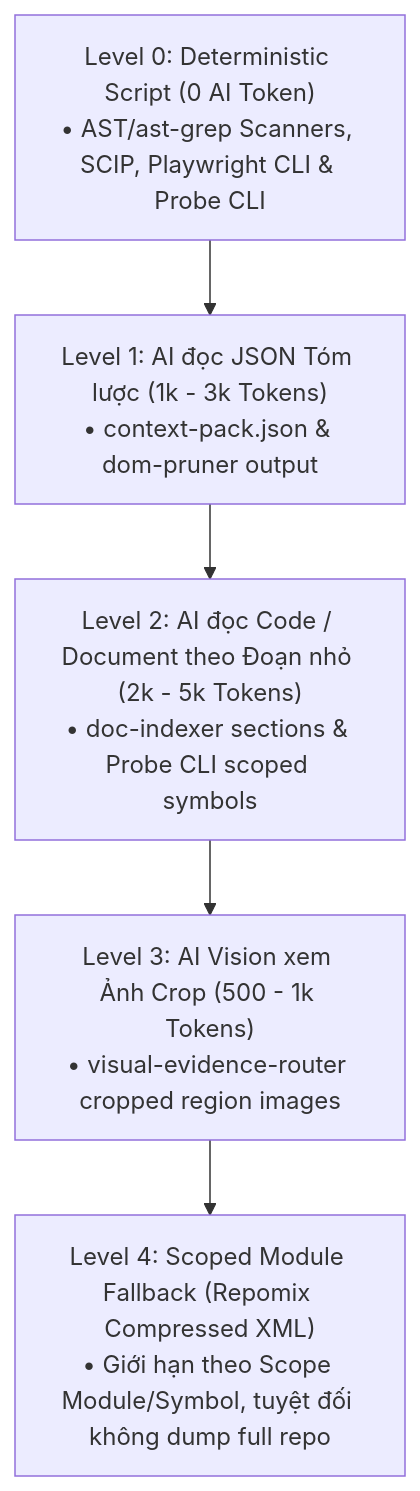
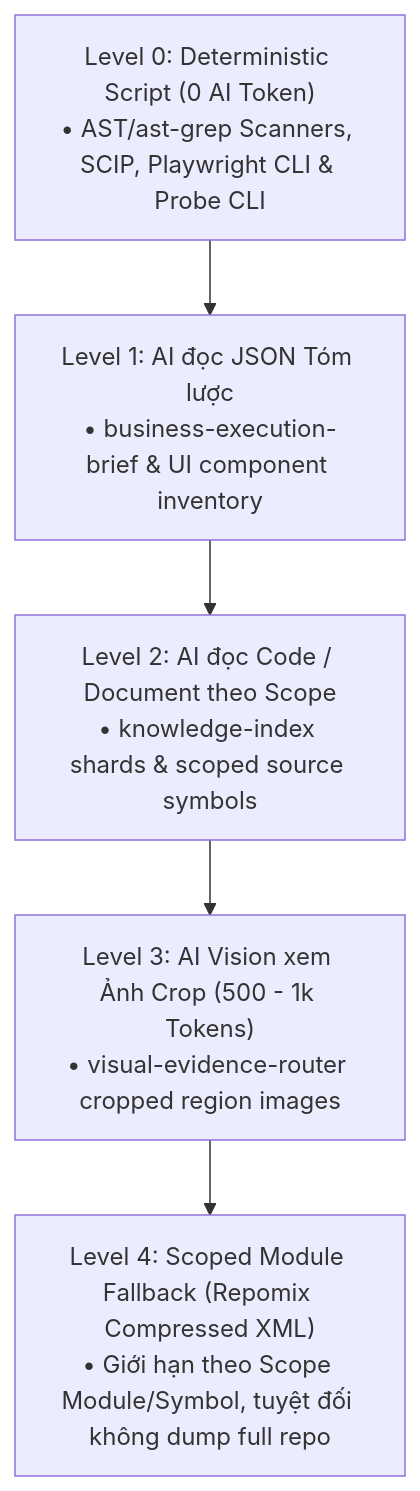
Before and after one commit to tqphong02/QA-skill: the second of 3 diagrams in SKILL_FLOW_MAPPING.md, drawn with Mermaid. The commit also changed other lines of this file and 41 other files, not shown here.

````diff
--- a/SKILL_FLOW_MAPPING.md
+++ b/SKILL_FLOW_MAPPING.md
@@ -326,8 +330,8 @@
 ```mermaid
 flowchart TD
     L0["Level 0: Deterministic Script (0 AI Token)\n• AST/ast-grep Scanners, SCIP, Playwright CLI & Probe CLI"] --> L1
-    L1["Level 1: AI đọc JSON Tóm lược (1k - 3k Tokens)\n• context-pack.json & dom-pruner output"] --> L2
-    L2["Level 2: AI đọc Code / Document theo Đoạn nhỏ (2k - 5k Tokens)\n• doc-indexer sections & Probe CLI scoped symbols"] --> L3
+    L1["Level 1: AI đọc JSON Tóm lược\n• business-execution-brief & UI component inventory"] --> L2
+    L2["Level 2: AI đọc Code / Document theo Scope\n• knowledge-index shards & scoped source symbols"] --> L3
     L3["Level 3: AI Vision xem Ảnh Crop (500 - 1k Tokens)\n• visual-evidence-router cropped region images"] --> L4
     L4["Level 4: Scoped Module Fallback (Repomix Compressed XML)\n• Giới hạn theo Scope Module/Symbol, tuyệt đối không dump full repo"]
 ```
````
